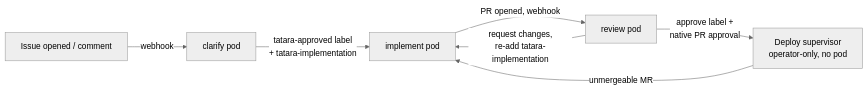
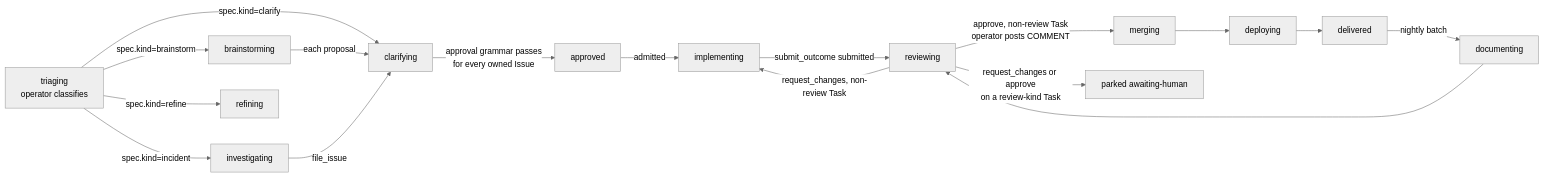
The diagram in docs/concepts/agentic-model.md (szymonrychu/tatara-documentation), drawn with Mermaid (neutral theme) before and after one commit. The commit also changed other lines of this file and 63 other files, not shown here.

First line of the commit message:
feat!: document the task-centric architecture (Issue/MergeRequest CRs, stage machine, operator merge) (#19)

````diff
--- a/docs/concepts/agentic-model.md
+++ b/docs/concepts/agentic-model.md
@@ -37,9 +41,19 @@
 ```mermaid
 flowchart LR
-    I[Issue opened / comment] -->|webhook| C[clarify pod]
-    C -->|tatara-approved label\n+ tatara-implementation| M[implement pod]
-    M -->|PR opened, webhook| R[review pod]
-    R -->|approve label +\nnative PR approval| D[Deploy supervisor\noperator-only, no pod]
-    R -->|request changes,\nre-add tatara-implementation| M
-    D -->|unmergeable MR| M
+    T[triaging\noperator classifies] -->|spec.kind=clarify| C[clarifying]
+    C -->|approval grammar passes\nfor every owned Issue| A[approved]
+    A -->|admitted| I[implementing]
+    I -->|submit_outcome submitted| RV[reviewing]
+    RV -->|approve, non-review Task\noperator posts COMMENT| MG[merging]
+    RV -->|request_changes, non-review Task| I
+    RV -->|request_changes or approve\non a review-kind Task| PH[parked awaiting-human]
+    MG --> D[deploying]
+    D --> DL[delivered]
+    T -->|spec.kind=brainstorm| B[brainstorming]
+    B -->|each proposal| C
+    T -->|spec.kind=incident| IN[investigating]
+    IN -->|file_issue| C
+    T -->|spec.kind=refine| RF[refining]
+    DL -->|nightly batch| DOC[documenting]
+    DOC --> RV
 ```
````
